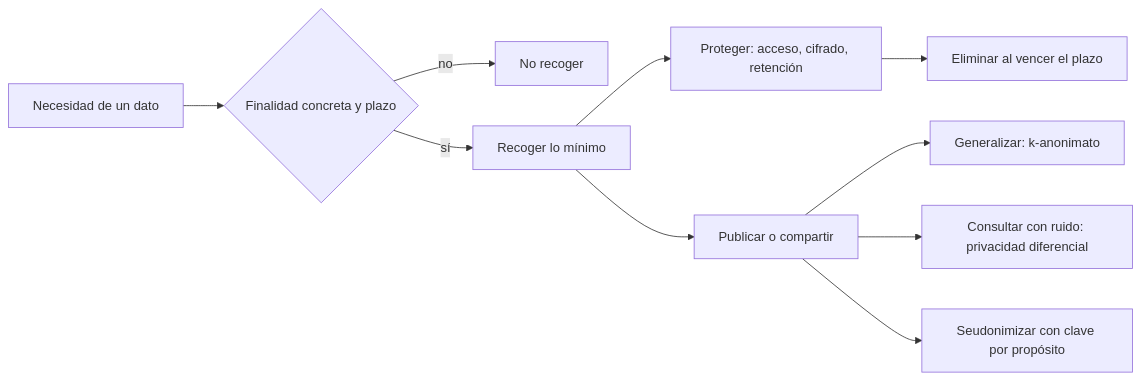
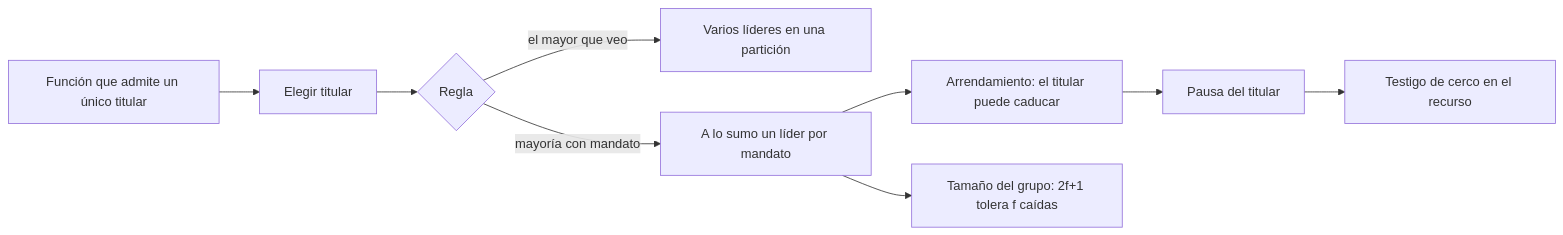
One commit to vladimiracunadev-create/modern-software-engineering-program changed the diagram in content/part-32/SE-391.md. Above: the diagram before and after it, drawn with Mermaid. The commit also changed other lines of this file and 5193 other files, not shown here.

````diff
--- a/content/part-32/SE-391.md
+++ b/content/part-32/SE-391.md
@@ -56,12 +55,11 @@
 ```mermaid
 flowchart LR
-    A[Necesidad de un dato] --> B{Finalidad concreta y plazo}
-    B -->|no| C[No recoger]
-    B -->|sí| D[Recoger lo mínimo]
-    D --> E[Proteger: acceso, cifrado, retención]
-    D --> F[Publicar o compartir]
-    F --> G[Generalizar: k-anonimato]
-    F --> H[Consultar con ruido: privacidad diferencial]
-    F --> I[Seudonimizar con clave por propósito]
-    E --> J[Eliminar al vencer el plazo]
+    A[Función que admite un único titular] --> B[Elegir titular]
+    B --> C{Regla}
+    C -->|el mayor que veo| D[Varios líderes en una partición]
+    C -->|mayoría con mandato| E[A lo sumo un líder por mandato]
+    E --> F[Arrendamiento: el titular puede caducar]
+    F --> G[Pausa del titular]
+    G --> H[Testigo de cerco en el recurso]
+    E --> I[Tamaño del grupo: 2f+1 tolera f caídas]
 ```
````
